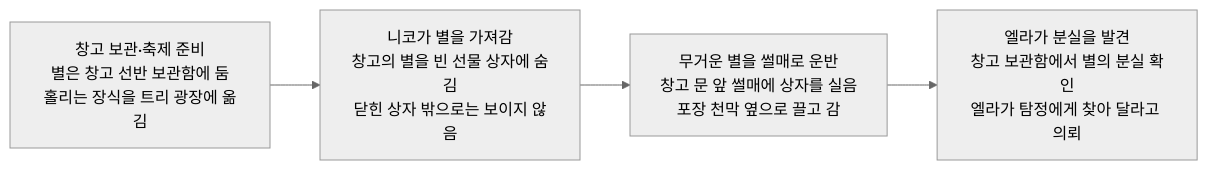
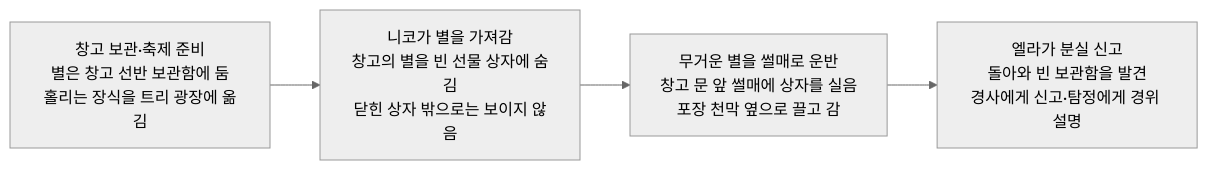
One commit to wonny95/detective-v2 changed the first of 2 diagrams in design/case-10-christmas-star.md. Above: the diagram before and after it, drawn with Mermaid (neutral theme). The commit also changed other lines of this file and 2 other files, not shown here.

````diff
--- a/design/case-10-christmas-star.md
+++ b/design/case-10-christmas-star.md
@@ -32,10 +32,10 @@
 ```mermaid
 flowchart LR
     t1["창고 보관·축제 준비<br/>별은 창고 선반 보관함에 둠<br/>홀리는 장식을 트리 광장에 옮김"]
     t2["니코가 별을 가져감<br/>창고의 별을 빈 선물 상자에 숨김<br/>닫힌 상자 밖으로는 보이지 않음"]
     t3["무거운 별을 썰매로 운반<br/>창고 문 앞 썰매에 상자를 실음<br/>포장 천막 옆으로 끌고 감"]
-    t4["엘라가 분실을 발견<br/>창고 보관함에서 별의 분실 확인<br/>엘라가 탐정에게 찾아 달라고 의뢰"]
+    t4["엘라가 분실 신고<br/>돌아와 빈 보관함을 발견<br/>경사에게 신고·탐정에게 경위 설명"]
     t1 --> t2
     t2 --> t3
     t3 --> t4
 ```
````
